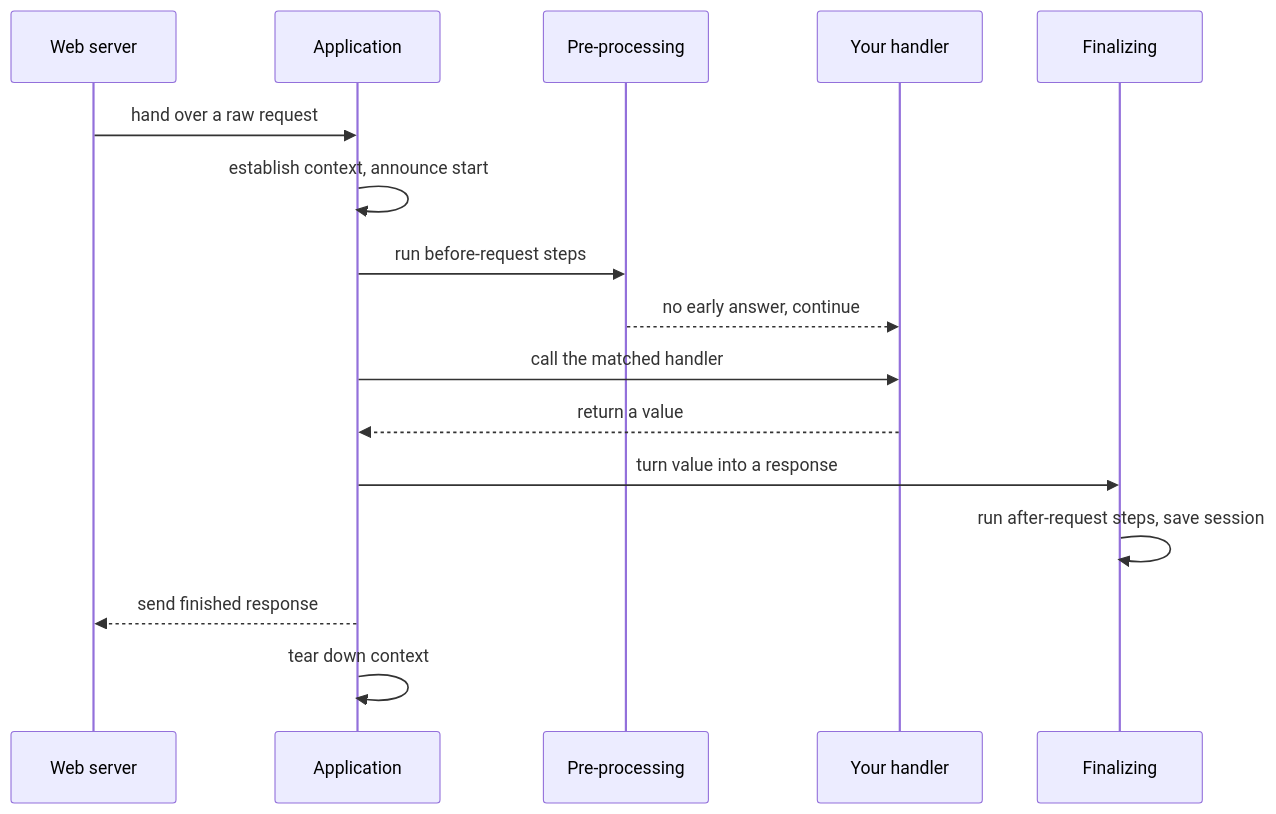
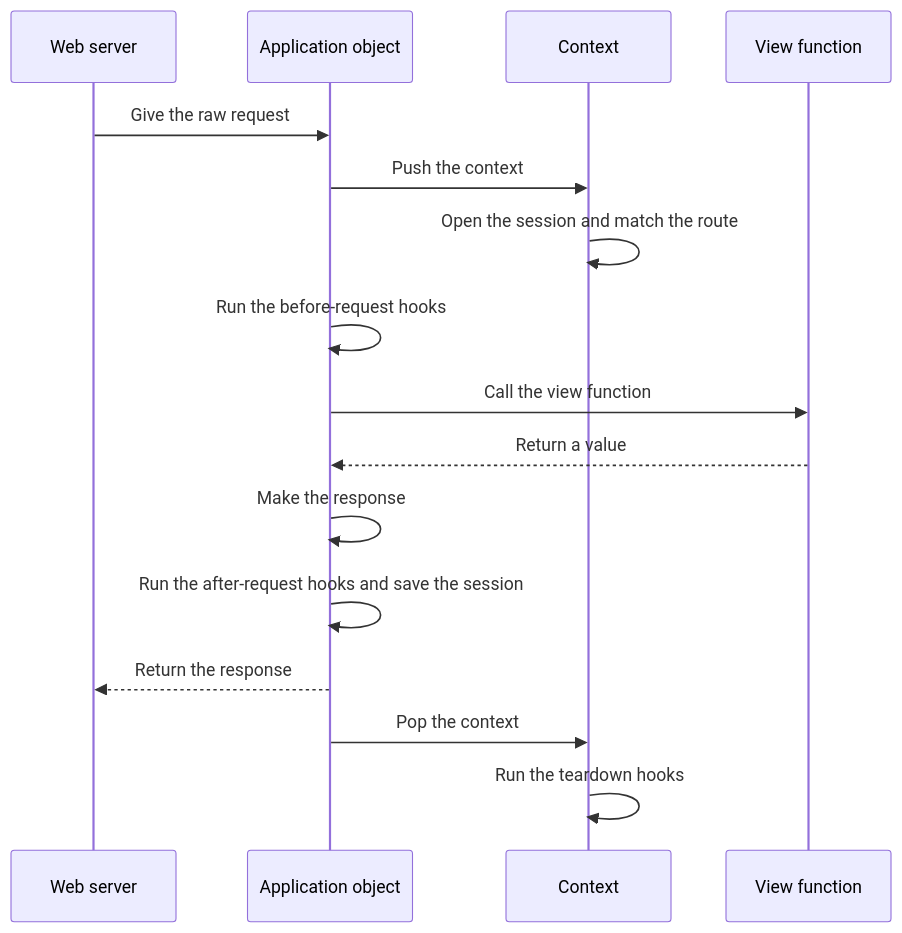
One commit to KeunwooPark/cluedoc changed the first of 3 diagrams in docs/examples/flask/.cluedoc/application-and-request-lifecycle/README.md. Above: the diagram before and after it, drawn with Mermaid. The commit also changed other lines of this file and 22 other files, not shown here.

````diff
--- a/docs/examples/flask/.cluedoc/application-and-request-lifecycle/README.md
+++ b/docs/examples/flask/.cluedoc/application-and-request-lifecycle/README.md
@@ -12,18 +13,18 @@
 ```mermaid
 sequenceDiagram
     participant Server as Web server
-    participant App as Application
-    participant Pre as Pre-processing
-    participant View as Your handler
-    participant Post as Finalizing
-    Server->>App: hand over a raw request
-    App->>App: establish context, announce start
-    App->>Pre: run before-request steps
-    Pre-->>View: no early answer, continue
-    App->>View: call the matched handler
-    View-->>App: return a value
-    App->>Post: turn value into a response
-    Post->>Post: run after-request steps, save session
-    App-->>Server: send finished response
-    App->>App: tear down context
+    participant App as Application object
+    participant Ctx as Context
+    participant View as View function
+    Server->>App: Give the raw request
+    App->>Ctx: Push the context
+    Ctx->>Ctx: Open the session and match the route
+    App->>App: Run the before-request hooks
+    App->>View: Call the view function
+    View-->>App: Return a value
+    App->>App: Make the response
+    App->>App: Run the after-request hooks and save the session
+    App-->>Server: Return the response
+    App->>Ctx: Pop the context
+    Ctx->>Ctx: Run the teardown hooks
 ```
````
